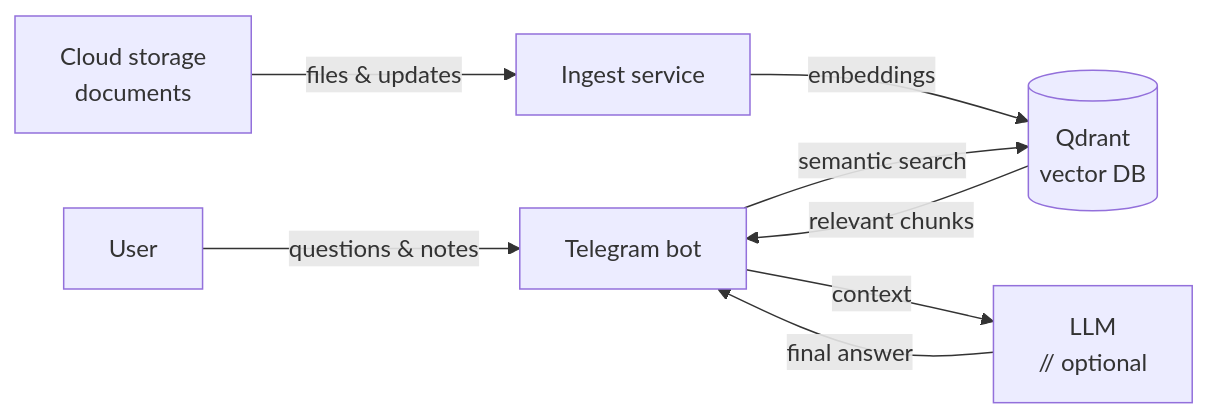
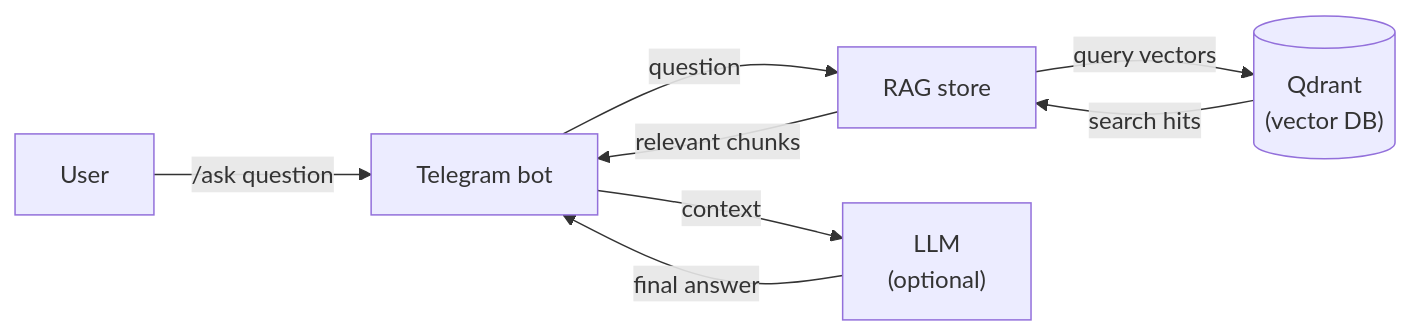
One commit to hu553in/gdrive-assistant-bot changed the second of 2 diagrams in README.md. Above: the diagram before and after it, drawn with Mermaid. The commit also changed other lines of this file, not shown here.

````diff
--- a/README.md
+++ b/README.md
@@ -71,16 +91,16 @@
 ```mermaid
 flowchart LR
     U[User]
-    GD[Cloud storage<br/>documents]
-    ING[Ingest service]
-    QD[(Qdrant<br/>vector DB)]
     BOT[Telegram bot]
-    LLM[LLM<br/>// optional]
-    U -->|questions & notes| BOT
-    GD -->|files & updates| ING
-    ING -->|embeddings| QD
-    BOT -->|semantic search| QD
-    QD -->|relevant chunks| BOT
+    RAG[RAG store]
+    QD[("Qdrant<br/>(vector DB)")]
+    LLM["LLM<br/>(optional)"]
+
+    U -->|/ask question| BOT
+    BOT -->|question| RAG
+    RAG -->|query vectors| QD
+    QD -->|search hits| RAG
+    RAG -->|relevant chunks| BOT
     BOT -->|context| LLM
     LLM -->|final answer| BOT
 ```
````
